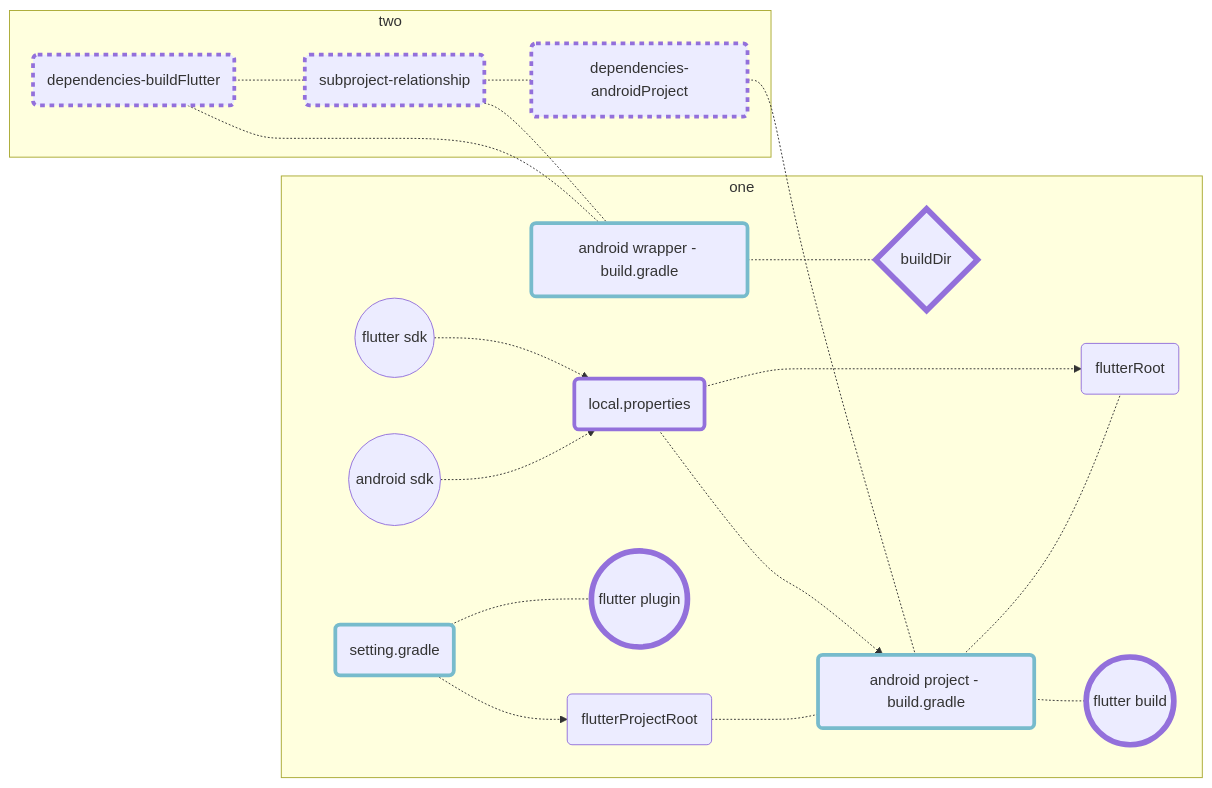
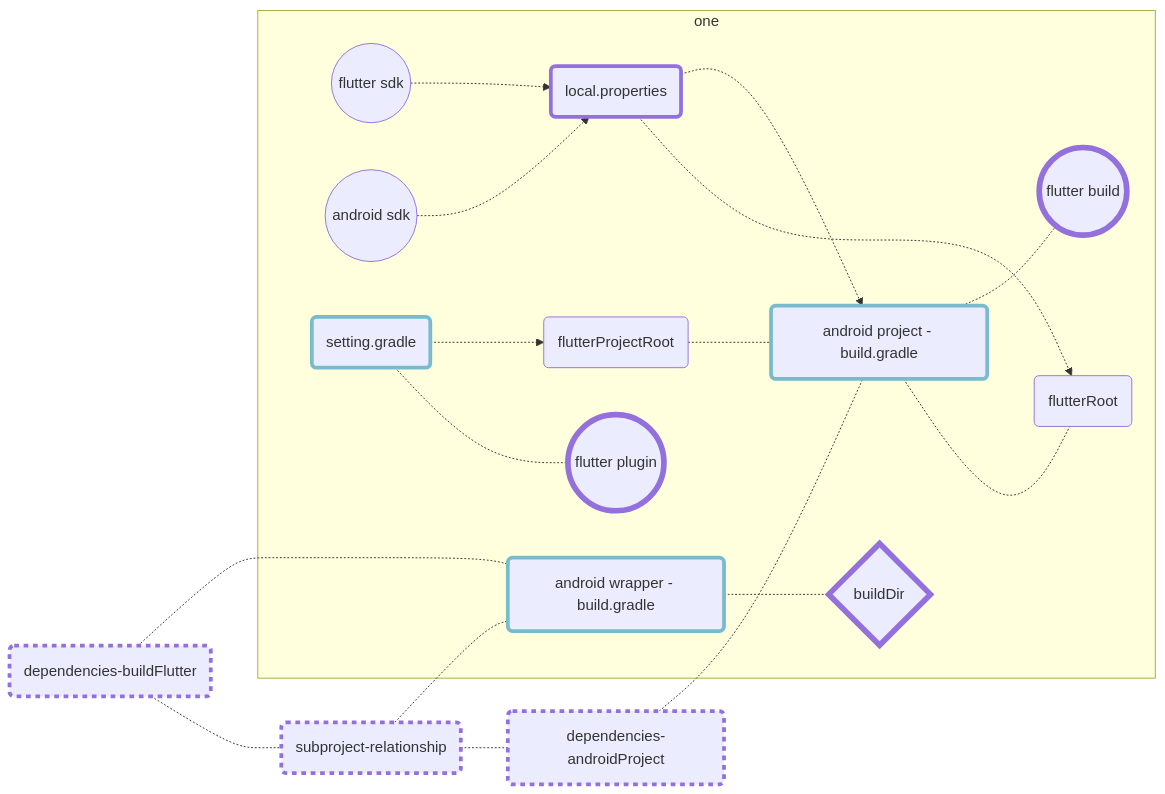
One commit to gordianknotC/nxp_note changed the second of 3 diagrams in flutter/addAndroidProjIntoFlutter.md. Above: the diagram before and after it, drawn with Mermaid. The commit also changed other lines of this file, not shown here.

````diff
--- a/flutter/addAndroidProjIntoFlutter.md
+++ b/flutter/addAndroidProjIntoFlutter.md
@@ -241,56 +241,56 @@
 ```mermaid
 graph LR
 	fdk((flutter sdk))
 	adk((android sdk))
 	
 	dfb{buildDir}
 	fbuild((flutter build))
 	fpgn((flutter plugin))
 	style fbuild stroke-width:6px   
 	style fpgn stroke-width:6px 
 	style dfb stroke-width:6px 
 	
 	loc(local.properties)
 	style loc stroke-width:4px   
 	
 	set(setting.gradle)
 	b1(android wrapper - build.gradle)
 	b2(android project - build.gradle)
 	style b1 stroke-width:4px, stroke:#7bc
 	style b2 stroke-width:4px, stroke:#7bc
 	style set stroke-width:4px, stroke:#7bc
 
 	dfr(flutterRoot)
 	dfp(flutterProjectRoot)
 	
 	
 	dandroid(dependencies-androidProject)
 	dflutter(dependencies-buildFlutter)
 	dsub(subproject-relationship)
 	style dandroid stroke-width:4px, stroke-dasharray: 5
 	style dflutter stroke-width:4px, stroke-dasharray: 5
 	style dsub stroke-width:4px, stroke-dasharray: 5
 	
 	
 subgraph one
 	b2 -.- fbuild
 	fdk -.-> loc
 	adk -.-> loc
 	loc -.-> b2
 	loc -.-> dfr
 	b2 -.- dfr
 	dfp -.- b2
 	set-.->dfp
 	set -.- fpgn
 	
 	b1 -.- dfb
 end
 
-subgraph two
+
 	dandroid -.- b2
 	dflutter -.- b1
 	dsub -.- b1
 	dflutter -.- dsub
 	dsub-.- dandroid
-end
+
 ```
````
